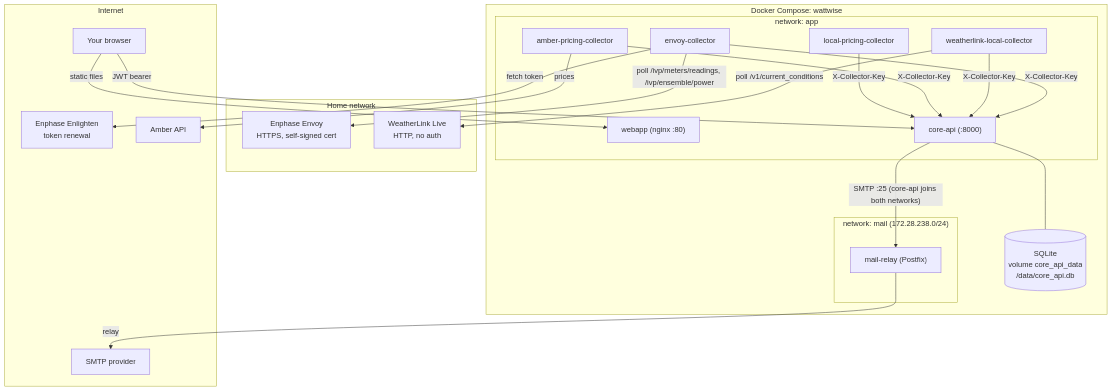
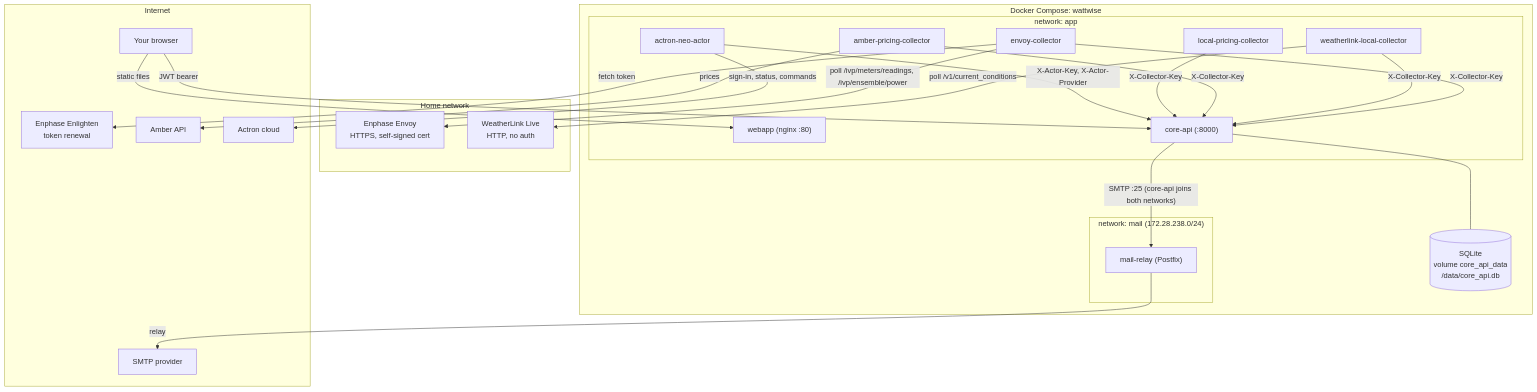
One commit to sschwetz/wattwise changed the first of 3 diagrams in docs/architecture.md. Above: the diagram before and after it, drawn with Mermaid. The commit also changed other lines of this file and 11 other files, not shown here.

````diff
--- a/docs/architecture.md
+++ b/docs/architecture.md
@@ -19,40 +20,44 @@
 ```mermaid
 flowchart TB
     subgraph LAN["Home network"]
         ENV["Enphase Envoy<br/>HTTPS, self-signed cert"]
         WL["WeatherLink Live<br/>HTTP, no auth"]
     end
 
     subgraph NET["Internet"]
         ENL["Enphase Enlighten<br/>token renewal"]
         AMB["Amber API"]
+        ACL["Actron cloud"]
         SMTP["SMTP provider"]
         BROWSER["Your browser"]
     end
 
     subgraph COMPOSE["Docker Compose: wattwise"]
         subgraph APPNET["network: app"]
             EC["envoy-collector"]
             WC["weatherlink-local-collector"]
             AC["amber-pricing-collector"]
             LC["local-pricing-collector"]
+            AA["actron-neo-actor"]
             WEB["webapp (nginx :80)"]
             API["core-api (:8000)"]
         end
         subgraph MAILNET["network: mail (172.28.238.0/24)"]
             MR["mail-relay (Postfix)"]
         end
         DB[("SQLite<br/>volume core_api_data<br/>/data/core_api.db")]
     end
 
     EC -- "poll /ivp/meters/readings, /ivp/ensemble/power" --> ENV
     EC -- "fetch token" --> ENL
     WC -- "poll /v1/current_conditions" --> WL
     AC -- "prices" --> AMB
+    AA -- "sign-in, status, commands" --> ACL
     EC & WC & AC & LC -- "X-Collector-Key" --> API
+    AA -- "X-Actor-Key, X-Actor-Provider" --> API
     BROWSER -- "static files" --> WEB
     BROWSER -- "JWT bearer" --> API
     API --- DB
     API -- "SMTP :25 (core-api joins both networks)" --> MR
     MR -- "relay" --> SMTP
 ```
````
